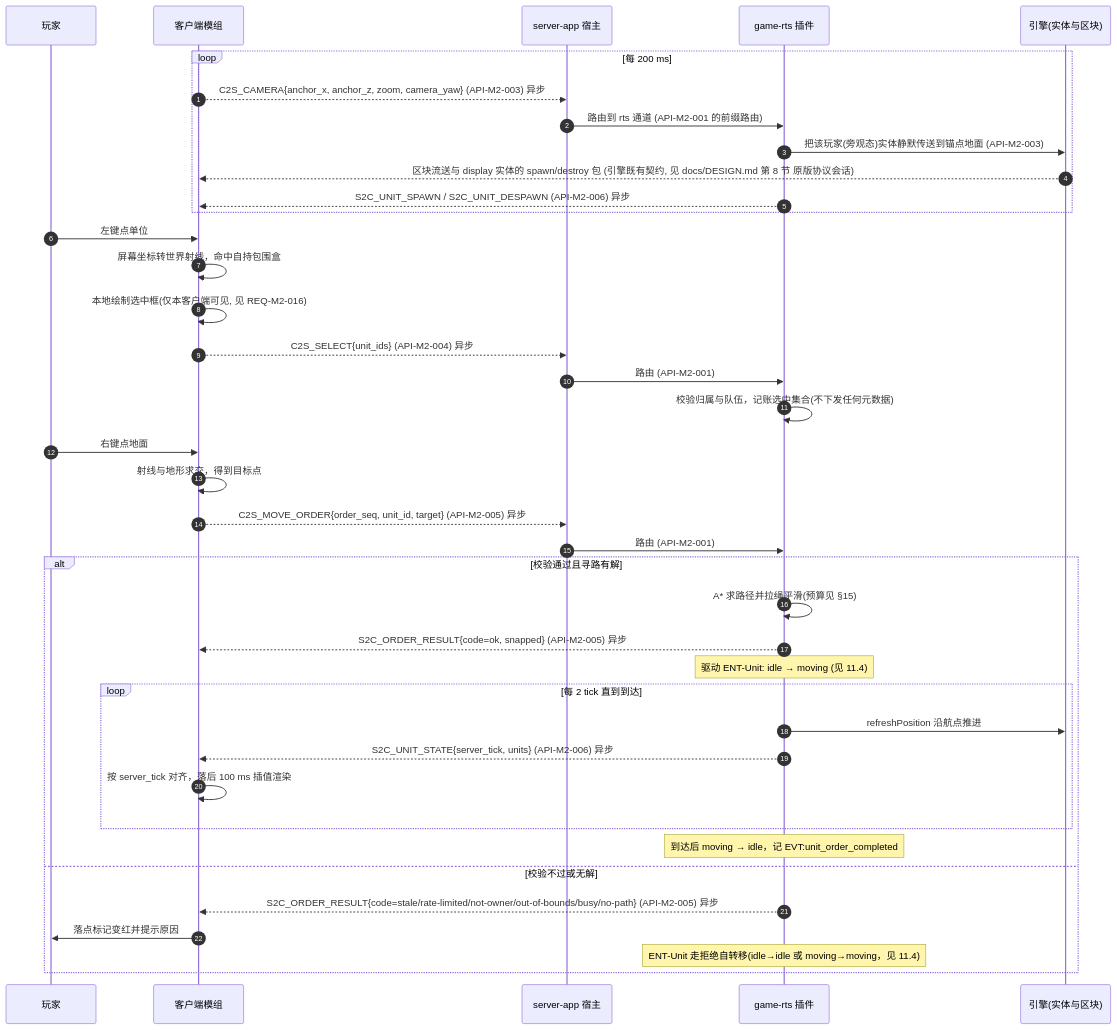
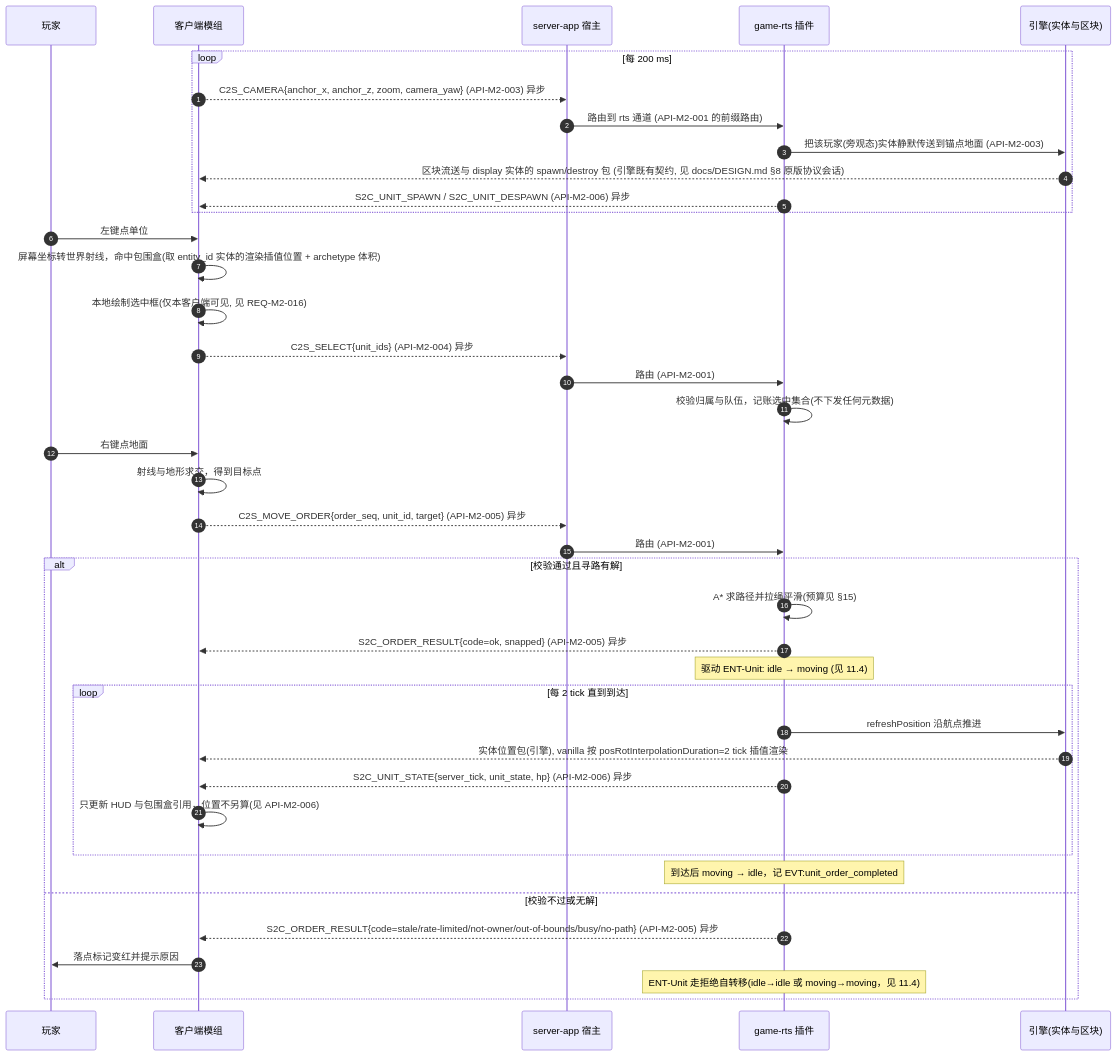
Before and after one commit to Bearisbug/synaxis: the eighth of 9 diagrams in docs/DESIGN-M2.md, drawn with Mermaid. The commit also changed other lines of this file, not shown here.

````diff
--- a/docs/DESIGN-M2.md
+++ b/docs/DESIGN-M2.md
@@ -565,41 +574,42 @@
 ```mermaid
 sequenceDiagram
   autonumber
   participant U as 玩家
   participant M as 客户端模组
   participant H as server-app 宿主
   participant P as game-rts 插件
   participant EN as 引擎(实体与区块)
   loop 每 200 ms
     M-->>H: C2S_CAMERA{anchor_x, anchor_z, zoom, camera_yaw} (API-M2-003) 异步
     H->>P: 路由到 rts 通道 (API-M2-001 的前缀路由)
     P->>EN: 把该玩家(旁观态)实体静默传送到锚点地面 (API-M2-003)
-    EN-->>M: 区块流送与 display 实体的 spawn/destroy 包 (引擎既有契约, 见 docs/DESIGN.md 第 8 节 原版协议会话)
+    EN-->>M: 区块流送与 display 实体的 spawn/destroy 包 (引擎既有契约, 见 docs/DESIGN.md §8 原版协议会话)
     P-->>M: S2C_UNIT_SPAWN / S2C_UNIT_DESPAWN (API-M2-006) 异步
   end
   U->>M: 左键点单位
-  M->>M: 屏幕坐标转世界射线，命中自持包围盒
+  M->>M: 屏幕坐标转世界射线，命中包围盒(取 entity_id 实体的渲染插值位置 + archetype 体积)
   M->>M: 本地绘制选中框(仅本客户端可见, 见 REQ-M2-016)
   M-->>H: C2S_SELECT{unit_ids} (API-M2-004) 异步
   H->>P: 路由 (API-M2-001)
   P->>P: 校验归属与队伍，记账选中集合(不下发任何元数据)
   U->>M: 右键点地面
   M->>M: 射线与地形求交，得到目标点
   M-->>H: C2S_MOVE_ORDER{order_seq, unit_id, target} (API-M2-005) 异步
   H->>P: 路由 (API-M2-001)
   alt 校验通过且寻路有解
     P->>P: A* 求路径并拉绳平滑(预算见 §15)
     P-->>M: S2C_ORDER_RESULT{code=ok, snapped} (API-M2-005) 异步
     Note over P: 驱动 ENT-Unit: idle → moving (见 11.4)
     loop 每 2 tick 直到到达
       P->>EN: refreshPosition 沿航点推进
-      P-->>M: S2C_UNIT_STATE{server_tick, units} (API-M2-006) 异步
-      M->>M: 按 server_tick 对齐，落后 100 ms 插值渲染
+      EN-->>M: 实体位置包(引擎), vanilla 按 posRotInterpolationDuration=2 tick 插值渲染
+      P-->>M: S2C_UNIT_STATE{server_tick, unit_state, hp} (API-M2-006) 异步
+      M->>M: 只更新 HUD 与包围盒引用，位置不另算(见 API-M2-006)
     end
     Note over P: 到达后 moving → idle，记 EVT:unit_order_completed
   else 校验不过或无解
     P-->>M: S2C_ORDER_RESULT{code=stale/rate-limited/not-owner/out-of-bounds/busy/no-path} (API-M2-005) 异步
     M->>U: 落点标记变红并提示原因
     Note over P: ENT-Unit 走拒绝自转移(idle→idle 或 moving→moving，见 11.4)
   end
 ```
````
